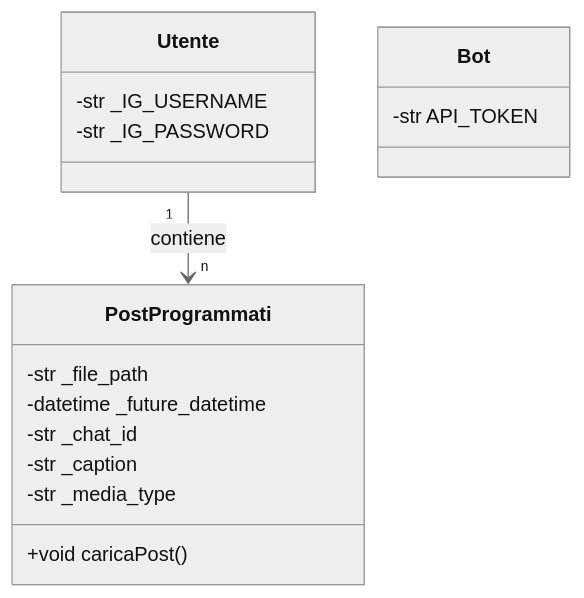
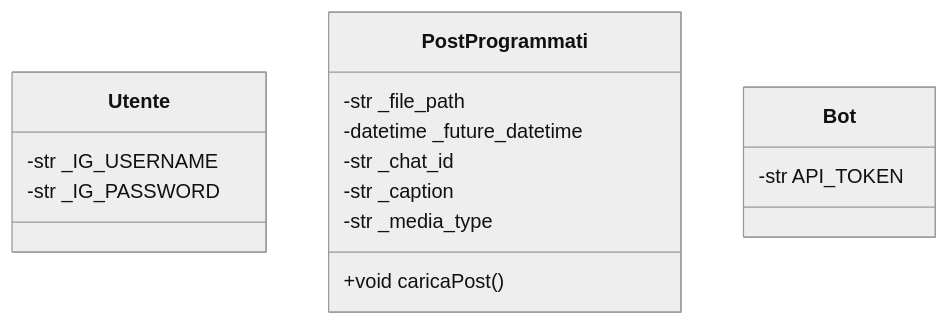
Before and after one commit to CristianMonticelli/progetto_natale_monsce: the diagram in schema.md, drawn with Mermaid (neutral theme). The commit also changed 14 other files, not shown here.

````diff
--- a/schema.md
+++ b/schema.md
@@ -1,22 +1,21 @@
 ```mermaid
 classDiagram
     class Utente {
         -str _IG_USERNAME
         -str _IG_PASSWORD
     }
 
     class PostProgrammati {
         -str _file_path
         -datetime _future_datetime
         -str _chat_id
         -str _caption
         -str _media_type
         +void caricaPost()
     }
 
     class Bot {
         -str API_TOKEN
     }
 
-    Utente "1" --> "n" PostProgrammati : contiene
 ```
````
